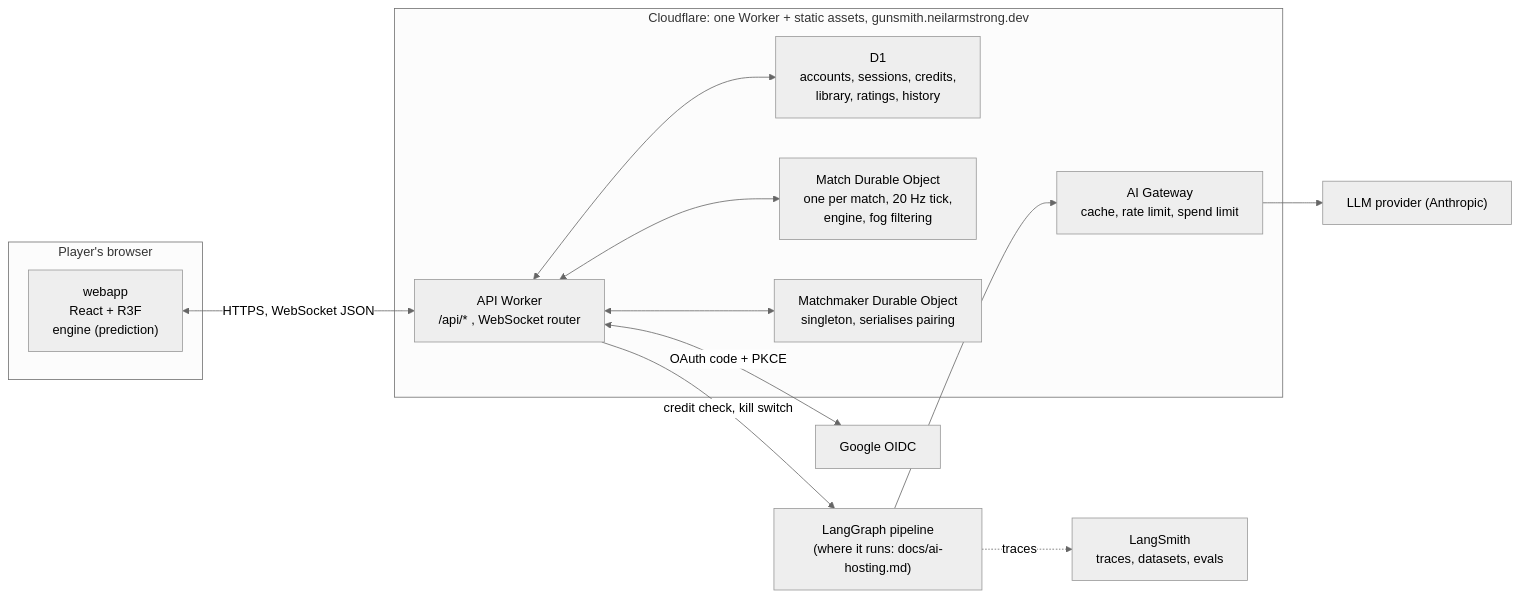
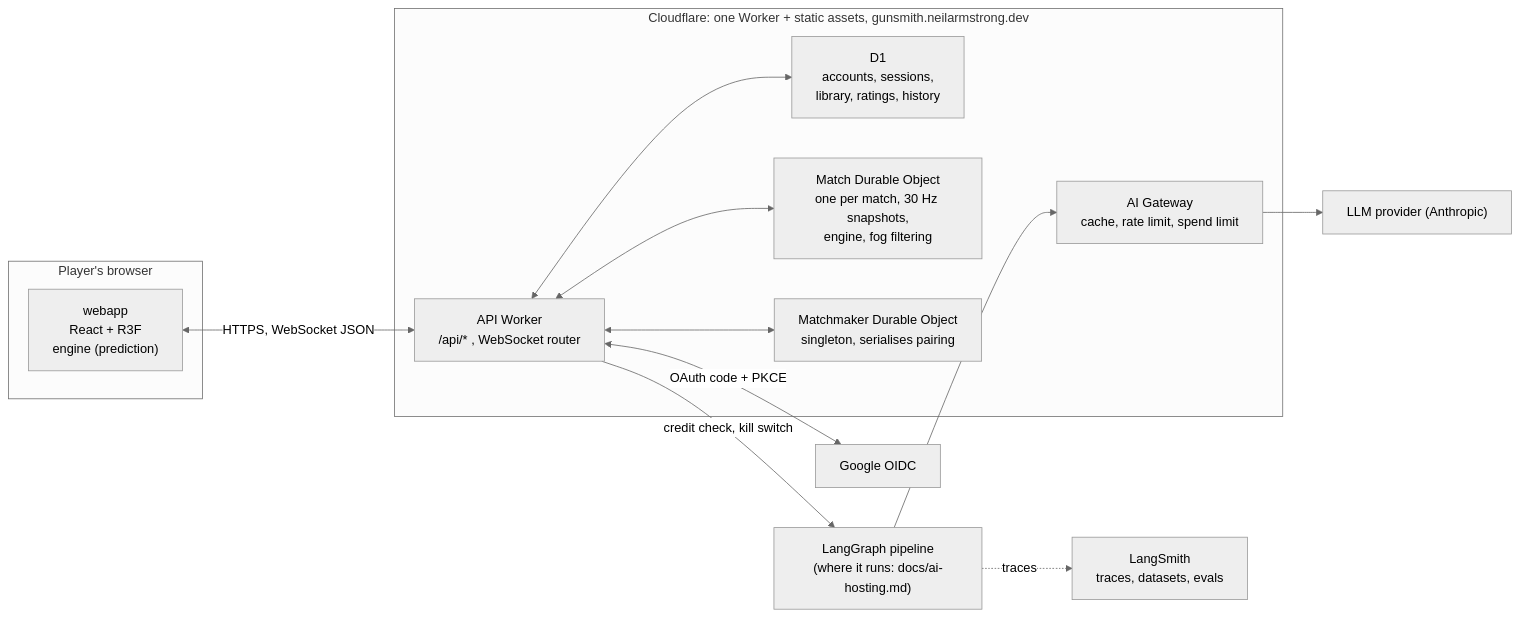
One commit to neil-armstrong-fig/gunsmith changed the diagram in docs/architecture.md. Above: the diagram before and after it, drawn with Mermaid (neutral theme). The commit also changed other lines of this file and 115 other files, not shown here.

````diff
--- a/docs/architecture.md
+++ b/docs/architecture.md
@@ -24,26 +24,26 @@
 ```mermaid
 flowchart LR
   subgraph Browser["Player's browser"]
     App["webapp<br/>React + R3F<br/>engine (prediction)"]
   end
   subgraph CF["Cloudflare: one Worker + static assets, gunsmith.neilarmstrong.dev"]
     Worker["API Worker<br/>/api/* , WebSocket router"]
-    D1["D1<br/>accounts, sessions, credits,<br/>library, ratings, history"]
-    Match["Match Durable Object<br/>one per match, 20 Hz tick,<br/>engine, fog filtering"]
+    D1["D1<br/>accounts, sessions,<br/>library, ratings, history"]
+    Match["Match Durable Object<br/>one per match, 30 Hz snapshots,<br/>engine, fog filtering"]
     MM["Matchmaker Durable Object<br/>singleton, serialises pairing"]
     Gate["AI Gateway<br/>cache, rate limit, spend limit"]
   end
   Google["Google OIDC"]
   Graph["LangGraph pipeline<br/>(where it runs: docs/ai-hosting.md)"]
   LLM["LLM provider (Anthropic)"]
   LS["LangSmith<br/>traces, datasets, evals"]
 
   App <-->|"HTTPS, WebSocket JSON"| Worker
   Worker <-->|"OAuth code + PKCE"| Google
   Worker <--> D1
   Worker <--> Match
   Worker <--> MM
   Worker -->|"credit check, kill switch"| Graph
   Graph --> Gate --> LLM
   Graph -.->|"traces"| LS
 ```
````
